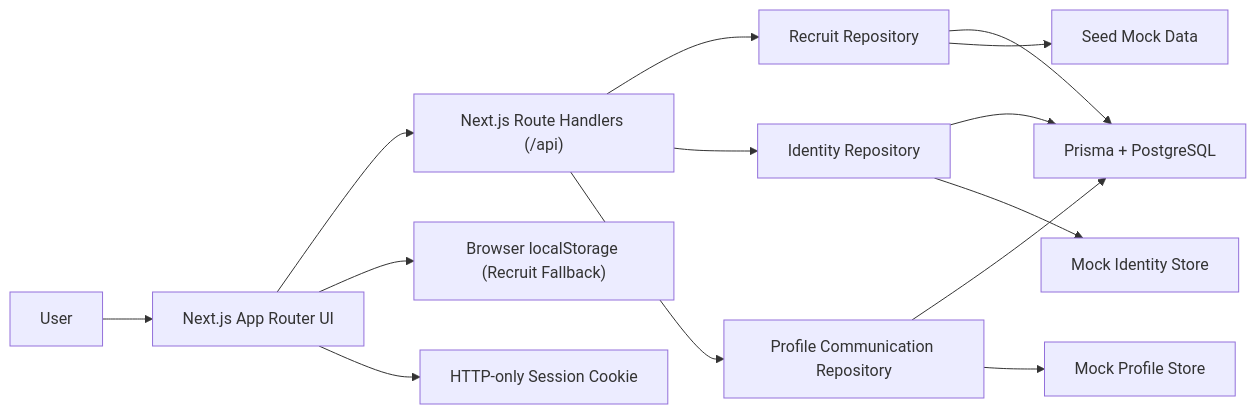
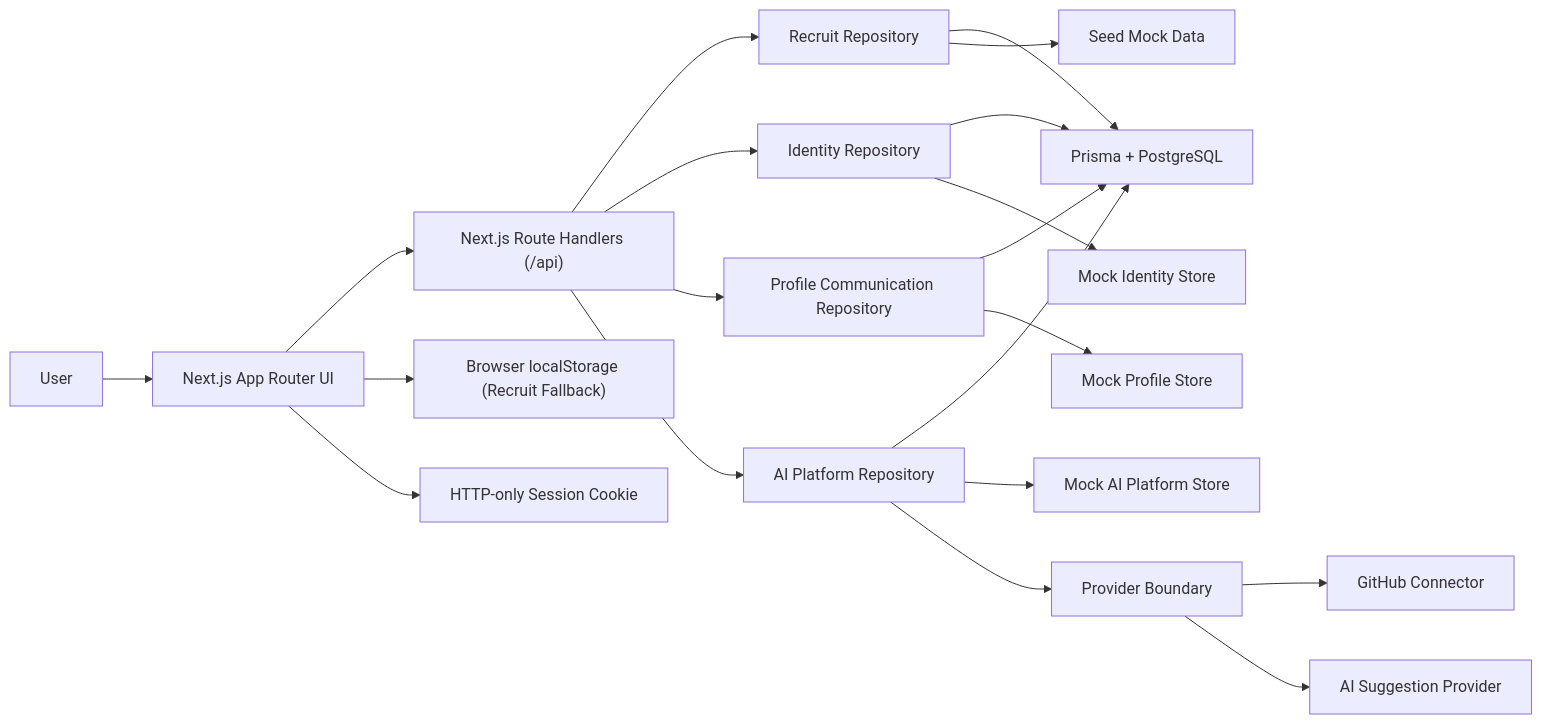
Before and after one commit to tail1887/campus-link-workshop: the first of 10 diagrams in docs/02-architecture.md, drawn with Mermaid. The commit also changed other lines of this file and 15 other files, not shown here.

````diff
--- a/docs/02-architecture.md
+++ b/docs/02-architecture.md
@@ -16,16 +16,22 @@
 ```mermaid
 flowchart LR
     U["User"] --> FE["Next.js App Router UI"]
     FE --> API["Next.js Route Handlers (/api)"]
     FE --> LS["Browser localStorage (Recruit Fallback)"]
     FE --> CK["HTTP-only Session Cookie"]
     API --> RR["Recruit Repository"]
     API --> IR["Identity Repository"]
     API --> PR["Profile Communication Repository"]
+    API --> AR["AI Platform Repository"]
     RR --> DB["Prisma + PostgreSQL"]
     RR --> SEED["Seed Mock Data"]
     IR --> DB
     IR --> IM["Mock Identity Store"]
     PR --> DB
     PR --> PM["Mock Profile Store"]
+    AR --> DB
+    AR --> AM["Mock AI Platform Store"]
+    AR --> PB["Provider Boundary"]
+    PB --> GH["GitHub Connector"]
+    PB --> AI["AI Suggestion Provider"]
 ```
````
